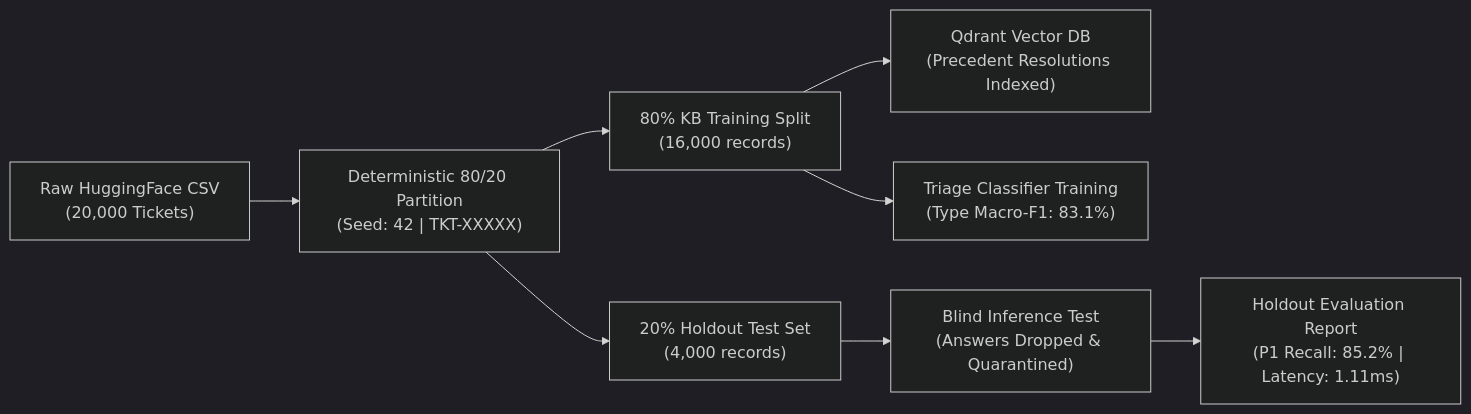
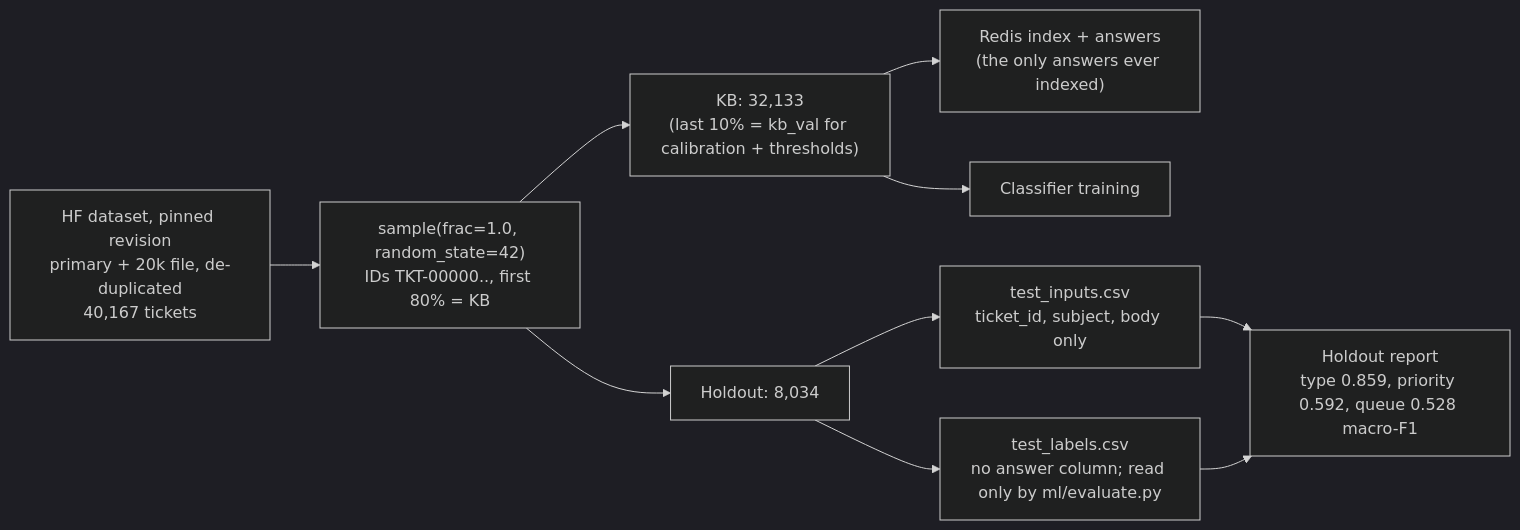
Before and after one commit to Dogtags27/gdg-sentinal: the second of 3 diagrams in docs/architecture-diagram.md, drawn with Mermaid (dark theme). The commit also changed other lines of this file and 18 other files, not shown here.

````diff
--- a/docs/architecture-diagram.md
+++ b/docs/architecture-diagram.md
@@ -50,12 +52,12 @@
 ```mermaid
 flowchart LR
-    RAW["Raw HuggingFace CSV<br>(20,000 Tickets)"] --> SPLIT["Deterministic 80/20 Partition<br>(Seed: 42 | TKT-XXXXX)"]
-    SPLIT --> KB["80% KB Training Split<br>(16,000 records)"]
-    SPLIT --> TEST["20% Holdout Test Set<br>(4,000 records)"]
-    
-    KB --> VECTOR["Qdrant Vector DB<br>(Precedent Resolutions Indexed)"]
-    KB --> TRAIN["Triage Classifier Training<br>(Type Macro-F1: 83.1%)"]
-    
-    TEST --> BLIND["Blind Inference Test<br>(Answers Dropped & Quarantined)"]
-    BLIND --> BENCHMARK["Holdout Evaluation Report<br>(P1 Recall: 85.2% | Latency: 1.11ms)"]
+    RAW["HF dataset, pinned revision<br>primary + 20k file, de-duplicated<br>40,167 tickets"] --> SPLIT["sample(frac=1.0, random_state=42)<br>IDs TKT-00000.., first 80% = KB"]
+    SPLIT --> KB["KB: 32,133<br>(last 10% = kb_val for calibration + thresholds)"]
+    SPLIT --> TEST["Holdout: 8,034"]
+    KB --> INDEX["Redis index + answers<br>(the only answers ever indexed)"]
+    KB --> TRAIN["Classifier training"]
+    TEST --> INPUTS["test_inputs.csv<br>ticket_id, subject, body only"]
+    TEST --> LABELS["test_labels.csv<br>no answer column; read only by ml/evaluate.py"]
+    INPUTS --> EVAL["Holdout report<br>type 0.859, priority 0.592, queue 0.528 macro-F1"]
+    LABELS --> EVAL
 ```
````
